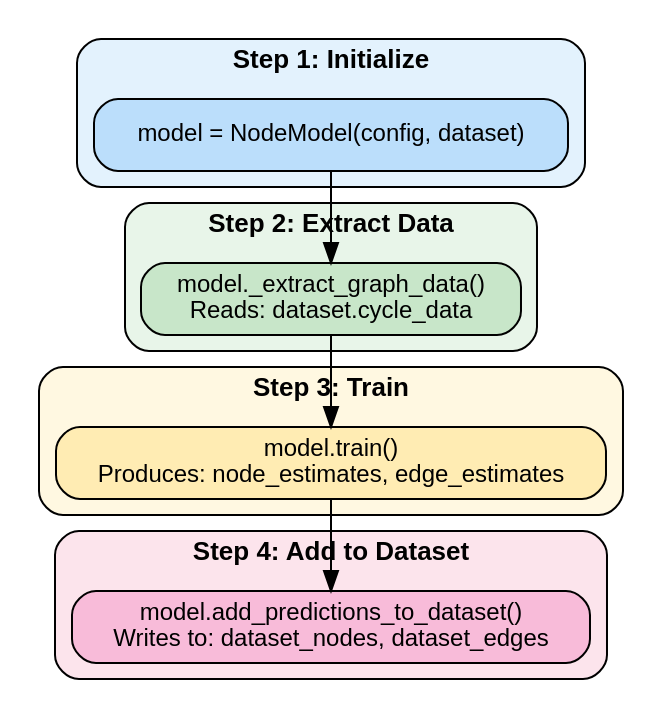
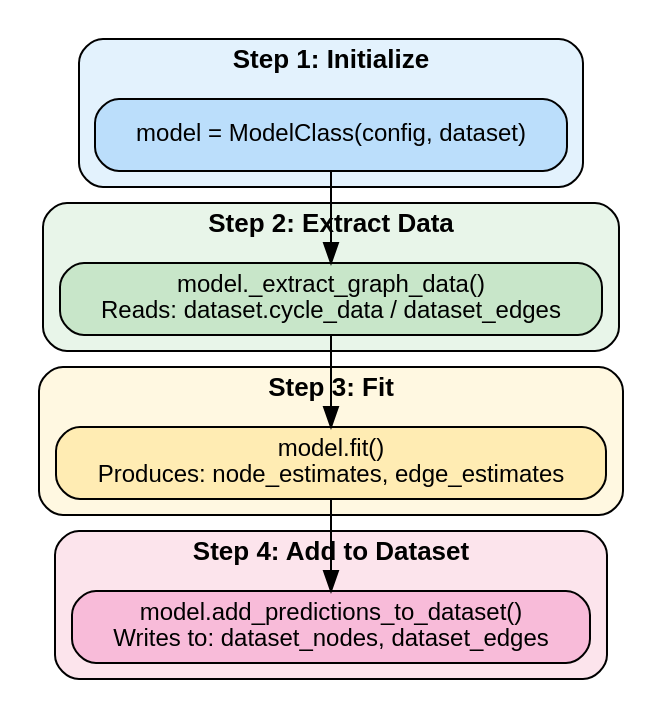
The third of 4 diagrams in docs/user_guide/architecture.rst (aakankschit/MAPLE-fep), drawn with Graphviz before and after one commit. The commit also changed other lines of this file and 47 other files, not shown here.

```diff
--- a/docs/user_guide/architecture.rst
+++ b/docs/user_guide/architecture.rst
@@ -163,53 +202,53 @@
 .. graphviz::
    :align: center
    :caption: Model-Dataset Interaction Pattern
 
    digraph interaction {
        rankdir=TB;
        node [shape=box, style="rounded,filled", fontname="Helvetica", fontsize=12];
        edge [fontname="Helvetica", fontsize=10];
        nodesep=0.4;
        ranksep=0.5;
-       
+
        subgraph cluster_step1 {
            label="Step 1: Initialize";
            style="rounded,filled";
            fillcolor="#E3F2FD";
            fontname="Helvetica-Bold";
            fontsize=13;
-           
-           init [label="model = NodeModel(config, dataset)", fillcolor="#BBDEFB"];
+
+           init [label="model = ModelClass(config, dataset)", fillcolor="#BBDEFB"];
        }
-       
+
        subgraph cluster_step2 {
            label="Step 2: Extract Data";
            style="rounded,filled";
            fillcolor="#E8F5E9";
            fontname="Helvetica-Bold";
            fontsize=13;
-           
-           extract [label="model._extract_graph_data()\nReads: dataset.cycle_data", fillcolor="#C8E6C9"];
+
+           extract [label="model._extract_graph_data()\nReads: dataset.cycle_data / dataset_edges", fillcolor="#C8E6C9"];
        }
-       
+
        subgraph cluster_step3 {
-           label="Step 3: Train";
+           label="Step 3: Fit";
            style="rounded,filled";
            fillcolor="#FFF8E1";
            fontname="Helvetica-Bold";
            fontsize=13;
-           
-           train [label="model.train()\nProduces: node_estimates, edge_estimates", fillcolor="#FFECB3"];
+
+           train [label="model.fit()\nProduces: node_estimates, edge_estimates", fillcolor="#FFECB3"];
        }
-       
+
        subgraph cluster_step4 {
            label="Step 4: Add to Dataset";
            style="rounded,filled";
            fillcolor="#FCE4EC";
            fontname="Helvetica-Bold";
            fontsize=13;
-           
+
            add [label="model.add_predictions_to_dataset()\nWrites to: dataset_nodes, dataset_edges", fillcolor="#F8BBD9"];
        }
-       
+
        init -> extract -> train -> add;
    }
```
